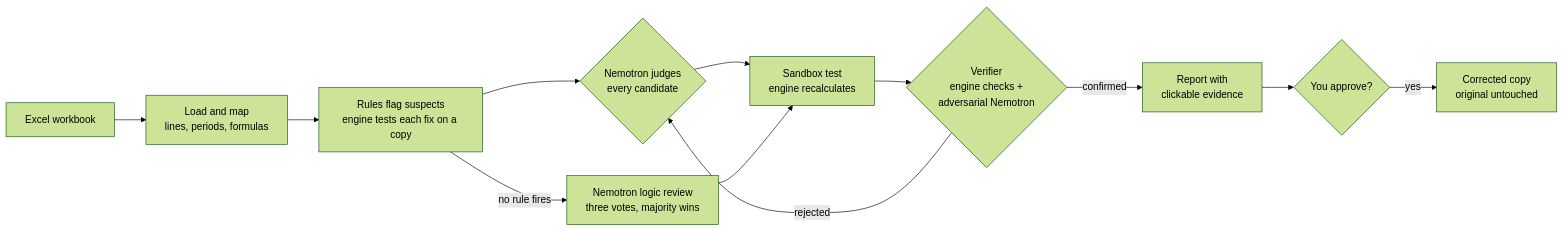
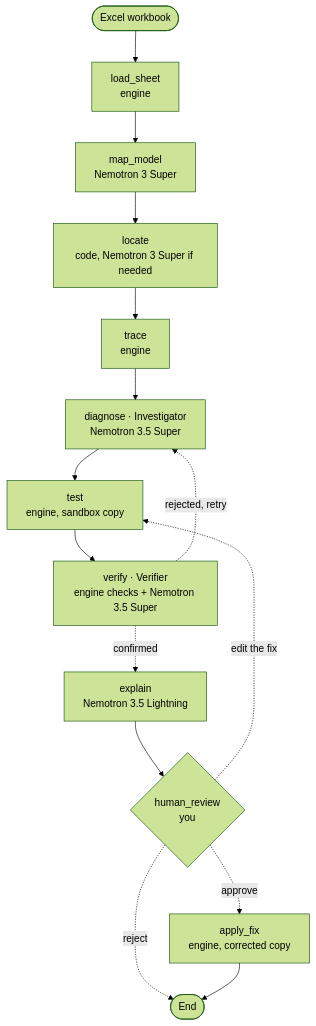
Before and after one commit to ol1ak5/model-x-ray: the diagram in README.md, drawn with Mermaid (forest theme). The commit also changed other lines of this file, not shown here.

````diff
--- a/README.md
+++ b/README.md
@@ -34,14 +36,17 @@
 ```mermaid
-flowchart LR
-    A["Excel workbook"] --> B["Load and map<br/>lines, periods, formulas"]
-    B --> C["Rules flag suspects<br/>engine tests each fix on a copy"]
-    C --> D{"Nemotron judges<br/>every candidate"}
-    C -- "no rule fires" --> E["Nemotron logic review<br/>three votes, majority wins"]
-    D --> F["Sandbox test<br/>engine recalculates"]
-    E --> F
-    F --> G{"Verifier<br/>engine checks +<br/>adversarial Nemotron"}
-    G -- "rejected" --> D
-    G -- "confirmed" --> H["Report with<br/>clickable evidence"]
-    H --> I{"You approve?"}
-    I -- "yes" --> J["Corrected copy<br/>original untouched"]
+flowchart TD
+    __start__([Excel workbook]) --> load_sheet["load_sheet<br/>engine"]
+    load_sheet --> map_model["map_model<br/>Nemotron 3 Super"]
+    map_model --> locate["locate<br/>code, Nemotron 3 Super if needed"]
+    locate --> trace["trace<br/>engine"]
+    trace --> diagnose["diagnose · Investigator<br/>Nemotron 3.5 Super"]
+    diagnose --> test["test<br/>engine, sandbox copy"]
+    test --> verify["verify · Verifier<br/>engine checks + Nemotron 3.5 Super"]
+    verify -. "rejected, retry" .-> diagnose
+    verify -. "confirmed" .-> explain["explain<br/>Nemotron 3.5 Lightning"]
+    explain --> human_review{"human_review<br/>you"}
+    human_review -. "edit the fix" .-> test
+    human_review -. "approve" .-> apply_fix["apply_fix<br/>engine, corrected copy"]
+    human_review -. "reject" .-> __end__([End])
+    apply_fix --> __end__
 ```
````
